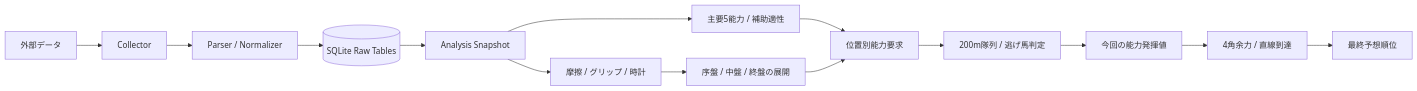
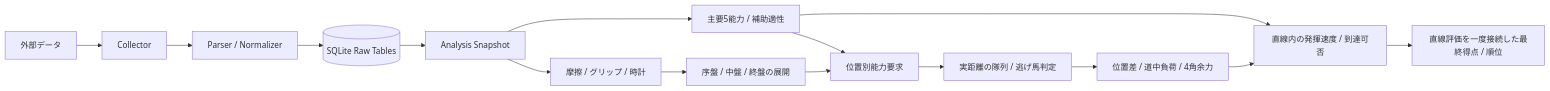
Before and after one commit to ItouHinata/keiba-analyzer-public: the diagram in README.md, drawn with Mermaid. The commit also changed other lines of this file and 14 other files, not shown here.

````diff
--- a/README.md
+++ b/README.md
@@ -104,16 +107,17 @@
 ```mermaid
 flowchart LR
     A[外部データ] --> B[Collector]
     B --> C[Parser / Normalizer]
     C --> D[(SQLite Raw Tables)]
     D --> E[Analysis Snapshot]
     E --> F[摩擦 / グリップ / 時計]
     E --> G[主要5能力 / 補助適性]
     F --> H[序盤 / 中盤 / 終盤の展開]
     G --> I[位置別能力要求]
     H --> I
-    I --> J[200m隊列 / 逃げ馬判定]
-    J --> L[今回の能力発揮値]
-    L --> M[4角余力 / 直線到達]
-    M --> K[最終予想順位]
+    I --> J[実距離の隊列 / 逃げ馬判定]
+    J --> L[位置差 / 道中負荷 / 4角余力]
+    G --> M[直線内の発揮速度 / 到達可否]
+    L --> M
+    M --> K[直線評価を一度接続した最終得点 / 順位]
 ```
````
